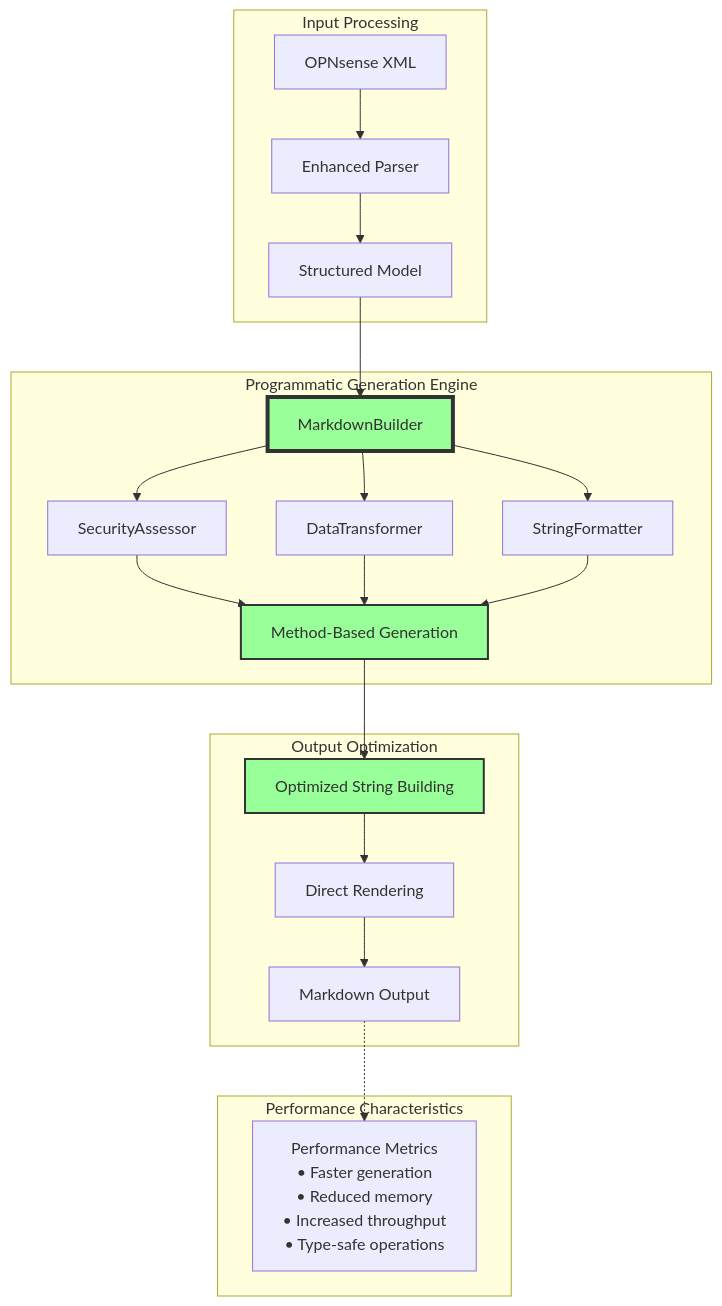
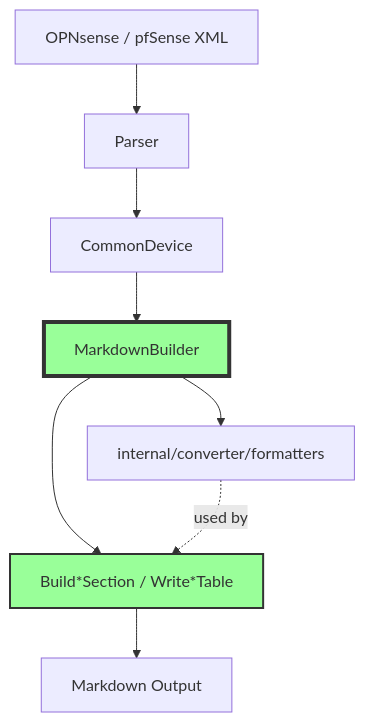
Before and after one commit to EvilBit-Labs/opnDossier: the fifth of 8 diagrams in docs/development/architecture/pipelines.md, drawn with Mermaid. The commit also changed other lines of this file and 22 other files, not shown here.

````diff
--- a/docs/development/architecture/pipelines.md
+++ b/docs/development/architecture/pipelines.md
@@ -360,34 +333,13 @@
 ```mermaid
 graph TD
-    subgraph "Input Processing"
-        XML[OPNsense XML] --> Parser[Enhanced Parser]
-        Parser --> Model[Structured Model]
-    end
-
-    subgraph "Programmatic Generation Engine"
-        Model --> Builder[MarkdownBuilder]
-        Builder --> Security[SecurityAssessor]
-        Builder --> Transform[DataTransformer]
-        Builder --> Format[StringFormatter]
-
-        Security --> Methods[Method-Based Generation]
-        Transform --> Methods
-        Format --> Methods
-    end
-
-    subgraph "Output Optimization"
-        Methods --> StringBuild[Optimized String Building]
-        StringBuild --> Render[Direct Rendering]
-        Render --> Output[Markdown Output]
-    end
-
-    subgraph "Performance Characteristics"
-        Metrics[Performance Metrics<br/>• Faster generation<br/>• Reduced memory<br/>• Increased throughput<br/>• Type-safe operations]
-    end
-
-    Output -.-> Metrics
+    XML[OPNsense / pfSense XML] --> Parser[Parser]
+    Parser --> Model[CommonDevice]
+    Model --> Builder[MarkdownBuilder]
+    Builder --> Formatters[internal/converter/formatters]
+    Builder --> Sections[Build*Section / Write*Table]
+    Sections --> Output[Markdown Output]
+    Formatters -. used by .-> Sections
 
     style Builder fill:#99ff99,stroke:#333,stroke-width:4px
-    style Methods fill:#99ff99,stroke:#333,stroke-width:2px
-    style StringBuild fill:#99ff99,stroke:#333,stroke-width:2px
+    style Sections fill:#99ff99,stroke:#333,stroke-width:2px
 ```
````
